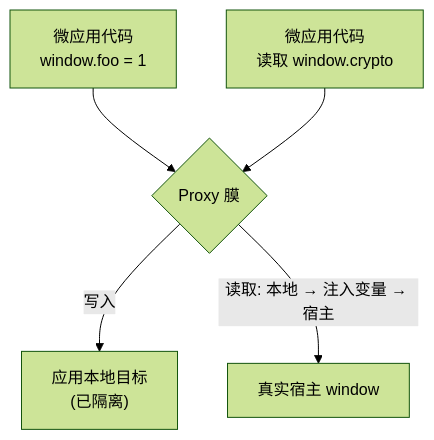
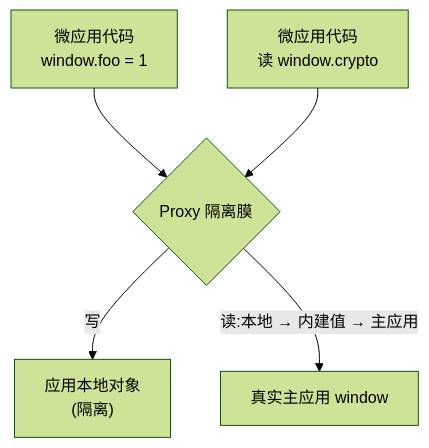
The diagram in docs/zh-CN/concepts/js-sandbox.md (umijs/qiankun), drawn with Mermaid (forest theme) before and after one commit. The commit also changed other lines of this file and 63 other files, not shown here.

````diff
--- a/docs/zh-CN/concepts/js-sandbox.md
+++ b/docs/zh-CN/concepts/js-sandbox.md
@@ -16,7 +16,7 @@
 ```mermaid
 flowchart TD
-  A["微应用代码<br/>window.foo = 1"] --> P{"Proxy 膜"}
-  P -->|写入| L["应用本地目标<br/>(已隔离)"]
-  R["微应用代码<br/>读取 window.crypto"] --> P
-  P -->|"读取: 本地 → 注入变量 → 宿主"| H["真实宿主 window"]
+  A["微应用代码<br/>window.foo = 1"] --> P{"Proxy 隔离膜"}
+  P -->|写| L["应用本地对象<br/>(隔离)"]
+  R["微应用代码<br/>读 window.crypto"] --> P
+  P -->|"读:本地 → 内建值 → 主应用"| H["真实主应用 window"]
 ```
````
